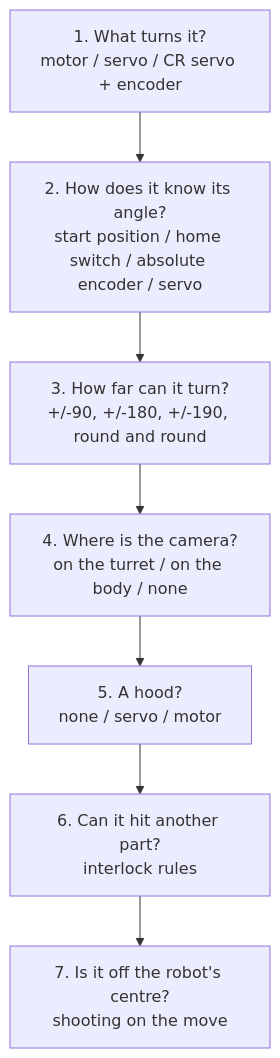
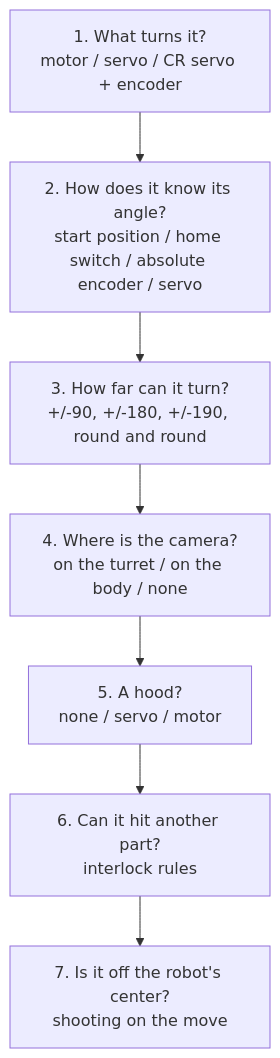
The diagram in docs/guides/turret-setup.md (crossbotics/ftc-helper-lib), drawn with Mermaid before and after one commit. The commit also changed other lines of this file and 377 other files, not shown here.

````diff
--- a/docs/guides/turret-setup.md
+++ b/docs/guides/turret-setup.md
@@ -13,9 +13,9 @@
 ```mermaid
 flowchart TD
     Q1["1. What turns it?<br/>motor / servo / CR servo + encoder"] --> Q2["2. How does it know its angle?<br/>start position / home switch / absolute encoder / servo"]
     Q2 --> Q3["3. How far can it turn?<br/>+/-90, +/-180, +/-190, round and round"]
     Q3 --> Q4["4. Where is the camera?<br/>on the turret / on the body / none"]
     Q4 --> Q5["5. A hood?<br/>none / servo / motor"]
     Q5 --> Q6["6. Can it hit another part?<br/>interlock rules"]
-    Q6 --> Q7["7. Is it off the robot's centre?<br/>shooting on the move"]
+    Q6 --> Q7["7. Is it off the robot's center?<br/>shooting on the move"]
 ```
````
